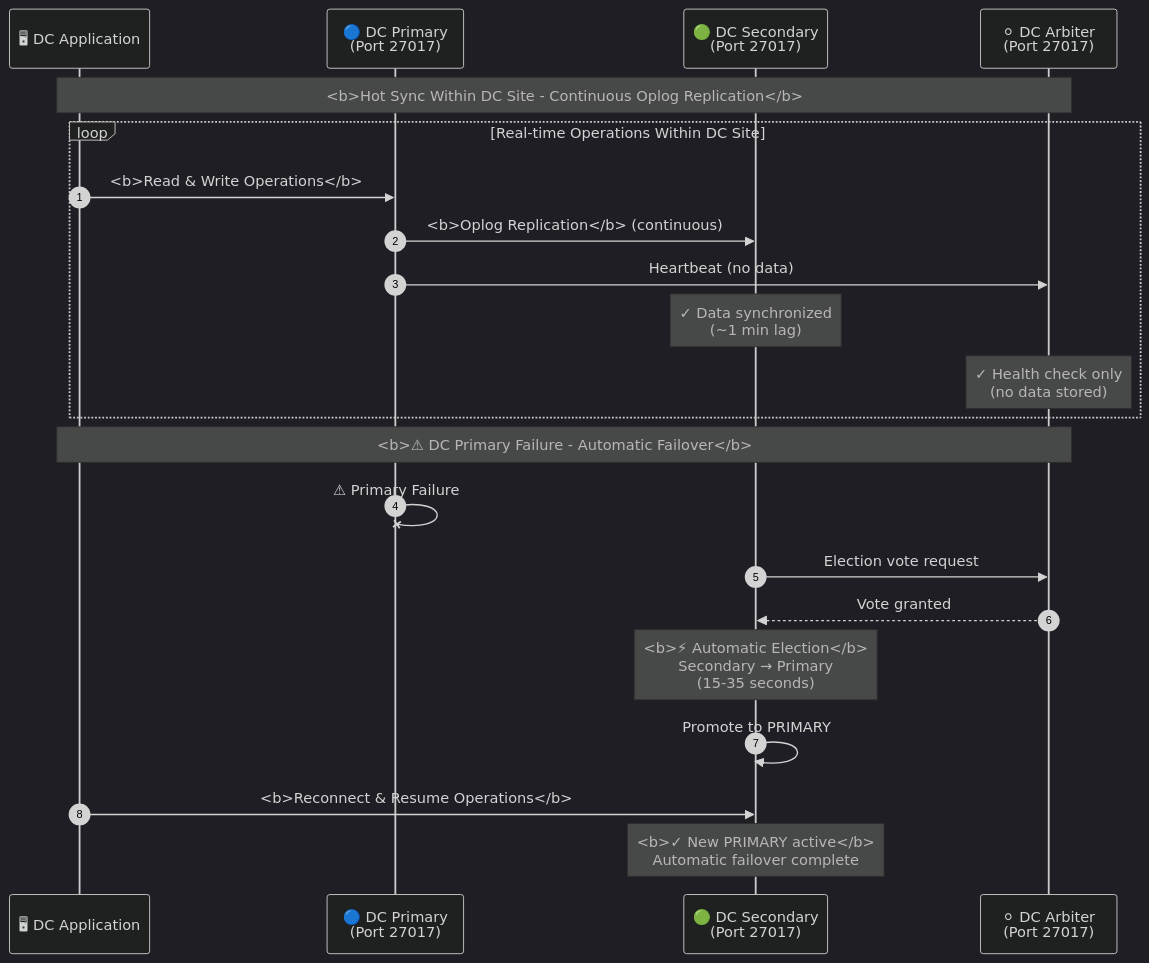
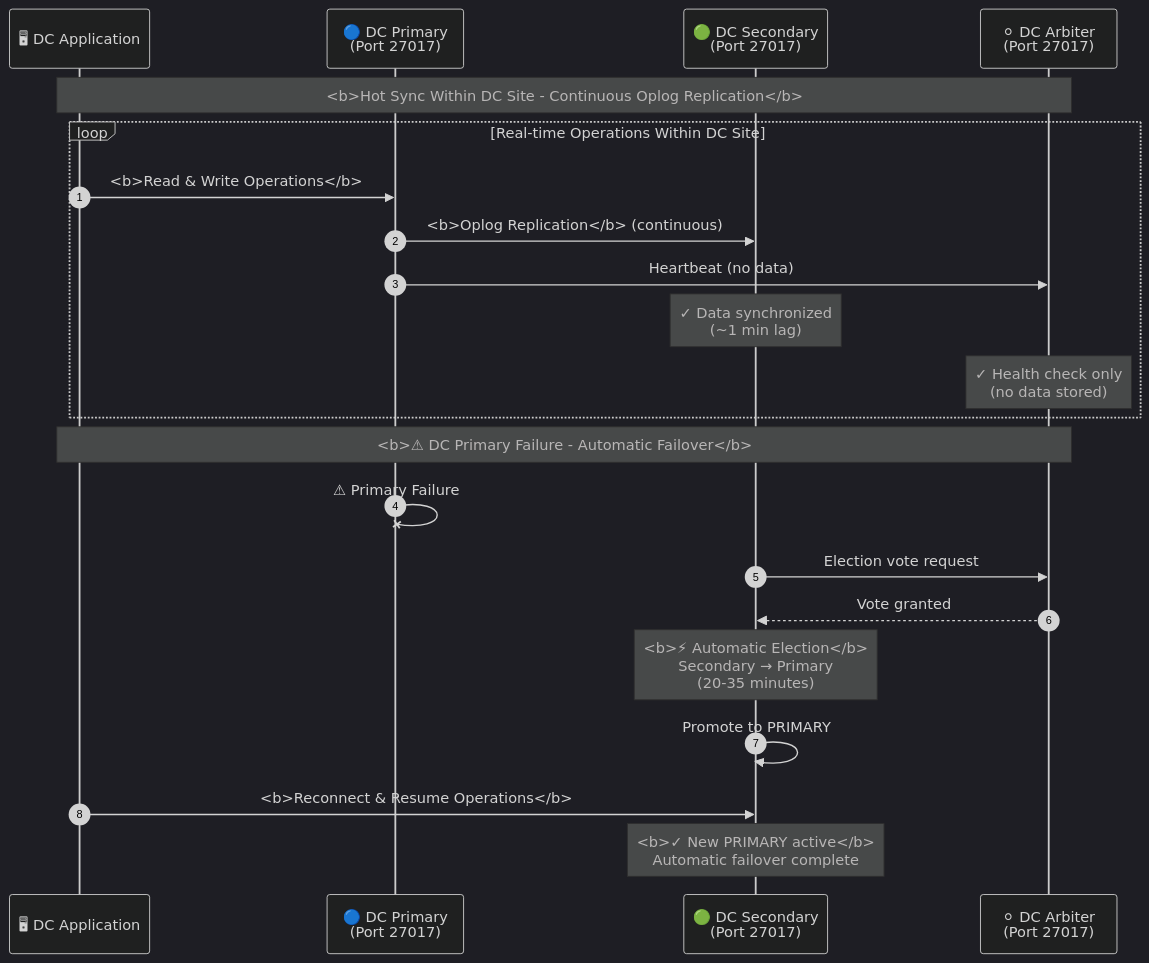
The fourth of 12 diagrams in HA_DR_Architecture_Documentation_dt2.md (Karthikhvr/customers-docs), drawn with Mermaid (dark theme) before and after one commit. The commit also changed other lines of this file, not shown here.

Commit message:
Updated Incremental backup interval to 1 hr and secondary fail over to 20-35 minutes instead of seconds

````diff
--- a/HA_DR_Architecture_Documentation_dt2.md
+++ b/HA_DR_Architecture_Documentation_dt2.md
@@ -275,32 +275,32 @@
 ```mermaid
 sequenceDiagram
     autonumber
     participant APP as 🖥 DC Application
     participant DC_PRI as 🔵 DC Primary<br/>(Port 27017)
     participant DC_SEC as 🟢 DC Secondary<br/>(Port 27017)
     participant DC_ARB as ⚪ DC Arbiter<br/>(Port 27017)
     
     Note over APP,DC_ARB: <b>Hot Sync Within DC Site - Continuous Oplog Replication</b>
     
     loop Real-time Operations Within DC Site
         APP->>DC_PRI: <b>Read & Write Operations</b>
         DC_PRI->>DC_SEC: <b>Oplog Replication</b> (continuous)
         DC_PRI->>DC_ARB: Heartbeat (no data)
         Note over DC_SEC: ✓ Data synchronized<br/>(~1 min lag)
         Note over DC_ARB: ✓ Health check only<br/>(no data stored)
     end
     
     Note over APP,DC_ARB: <b>⚠ DC Primary Failure - Automatic Failover</b>
     
     DC_PRI-xDC_PRI: ⚠ Primary Failure
     
     DC_SEC->>DC_ARB: Election vote request
     DC_ARB-->>DC_SEC: Vote granted
     
-    Note over DC_SEC: <b>⚡ Automatic Election</b><br/>Secondary → Primary<br/>(15-35 seconds)
+    Note over DC_SEC: <b>⚡ Automatic Election</b><br/>Secondary → Primary<br/>(20-35 minutes)
     
     DC_SEC->>DC_SEC: Promote to PRIMARY
     
     APP->>DC_SEC: <b>Reconnect & Resume Operations</b>
     Note over DC_SEC: <b>✓ New PRIMARY active</b><br/>Automatic failover complete
 ```
````
